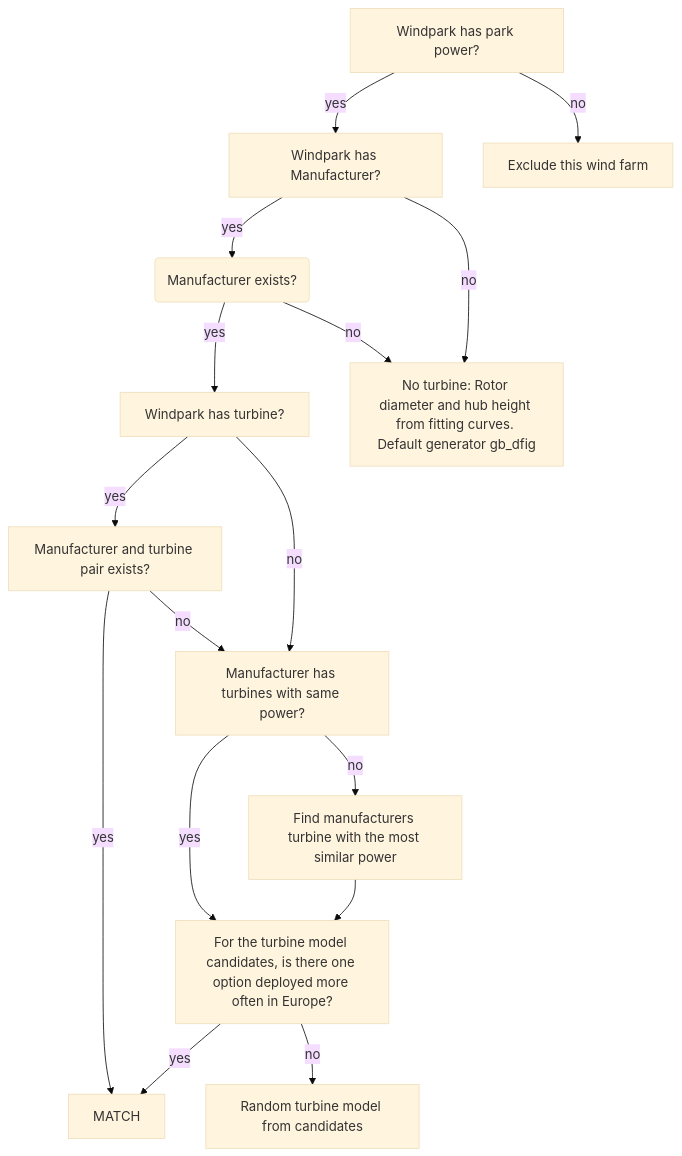
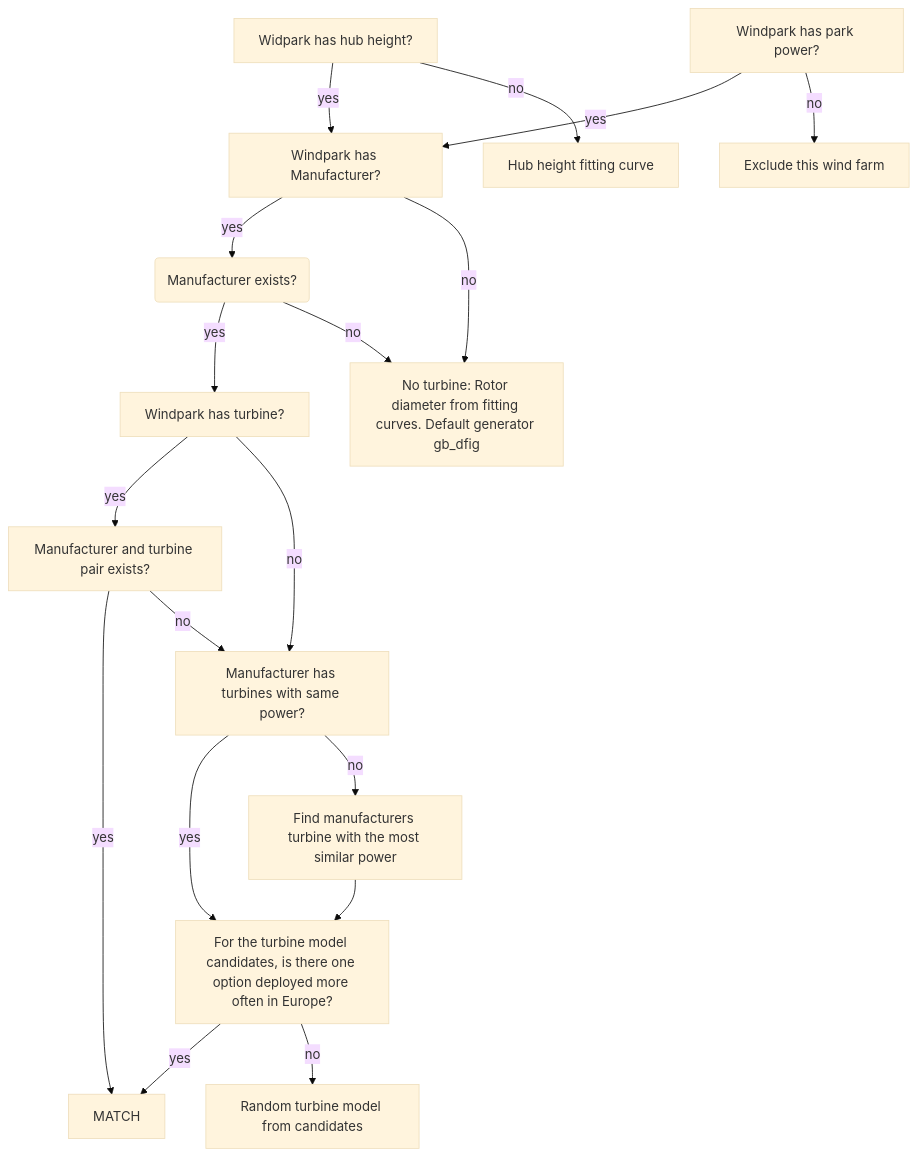
Before and after one commit to LIVENlab/JW4A_D1_1: the diagram in turbine_matching.md, drawn with Mermaid (base theme).

````diff
--- a/turbine_matching.md
+++ b/turbine_matching.md
@@ -3,22 +3,25 @@
 ```mermaid
 graph TD
+    HasHubHeight[Widpark has hub height?]
+    HasHubHeight -- yes --> HasMan
+    HasHubHeight -- no --> fit_curve[Hub height fitting curve]
     HasParPower[Windpark has park power?]
     HasParPower -- yes --> HasMan
     HasParPower -- no --> EXCLUDE[Exclude this wind farm]
     HasMan[Windpark has Manufacturer?]
     HasMan -- yes --> ManExists
-    HasMan -- " no " --> MAN_FIT_CURVE[No turbine: Rotor diameter and hub height from fitting curves. Default generator gb_dfig]
+    HasMan -- " no " --> MAN_FIT_CURVE[No turbine: Rotor diameter from fitting curves. Default generator gb_dfig]
     ManExists(Manufacturer exists?)
     ManExists -- yes --> WPHasTurbine?
     ManExists -- " no " --> MAN_FIT_CURVE
     WPHasTurbine?[Windpark has turbine?]
     WPHasTurbine? -- yes --> ManTurbinePairExists?[Manufacturer and turbine pair exists?]
     WPHasTurbine? -- no --> PowerMatch?[Manufacturer has turbines with same power?]
     PowerMatch? -- " yes " --> OneMostCommon?
     PowerMatch? -- no --> CLOSEST[Find manufacturers turbine with the most similar power]
     CLOSEST --> OneMostCommon?[For the turbine model candidates, is there one option deployed more often in Europe?]
     OneMostCommon? -- " yes " --> MATCH
     OneMostCommon? -- no --> RND[Random turbine model from candidates]
     ManTurbinePairExists? -- " yes " --> MATCH
     ManTurbinePairExists? -- no --> PowerMatch?
 ```
````
